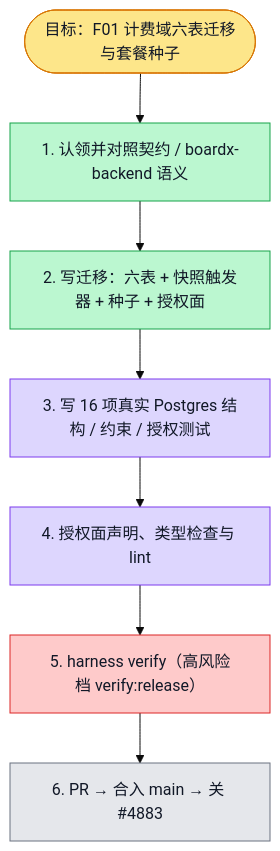
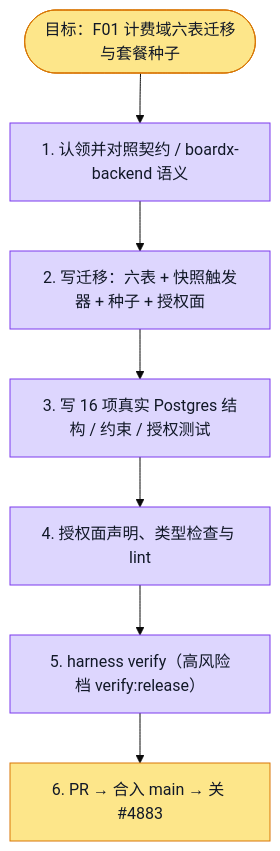
Before and after one commit to boardx/workspacex: the diagram in phases/phase-21-billing-payment/sprints/sprint-01/plans/F01.plan.md, drawn with Mermaid (base theme). The commit also changed other lines of this file and 7 other files, not shown here.

Commit message:
docs(billing): record passing release verification after main prerequisites

````diff
--- a/phases/phase-21-billing-payment/sprints/sprint-01/plans/F01.plan.md
+++ b/phases/phase-21-billing-payment/sprints/sprint-01/plans/F01.plan.md
@@ -20,30 +20,32 @@
 ```mermaid
 flowchart TD
   G([目标：F01 计费域六表迁移与套餐种子])
   S1[1. 认领并对照契约 / boardx-backend 语义]
   S2[2. 写迁移：六表 + 快照触发器 + 种子 + 授权面]
   S3[3. 写 16 项真实 Postgres 结构 / 约束 / 授权测试]
   S4[4. 授权面声明、类型检查与 lint]
   S5[5. harness verify（高风险档 verify:release）]
   S6[6. PR → 合入 main → 关 #4883]
 
   G --> S1 --> S2 --> S3 --> S4 --> S5 --> S6
 
   classDef todo fill:#e5e7eb,stroke:#6b7280,color:#111827
   classDef doing fill:#fde68a,stroke:#d97706,color:#111827
   classDef done fill:#bbf7d0,stroke:#16a34a,color:#111827
   classDef tested fill:#ddd6fe,stroke:#7c3aed,color:#111827
   classDef blocked fill:#fecaca,stroke:#dc2626,color:#111827
 
   class G doing
-  class S1 done
-  class S2 done
+  class S1 tested
+  %% evidence S1: 独立exact SHA审查ACCEPT执行head9cf0252e2，owner为coord-voice，scope仅F01，官方verify退出0。
+  class S2 tested
+  %% evidence S2: evidence/F01.schema.log：真实PostgreSQL迁移重放、事务回滚、约束与RLS全部16/16通过；正式F01.verify.log证明high_risk退出0。
   class S3 tested
   %% evidence S3: 2026-10-10：隔离真实 PostgreSQL 16/16，通过实际 SQL 两次重放、事务回滚、跨组织 RLS；evidence/F01.schema.log
   class S4 tested
   %% evidence S4: 2026-10-10：pnpm --filter @repo/api run lint 退出0；pnpm --filter @repo/api run typecheck 退出0
-  class S5 blocked
-  %% blocked S5: 第二次官方 verify 退出 1：迁移与 owner 门通过；local-runtime 9 项 env 未归类，3 项 Python 集成因缺 pytest 失败。真实日志 F01.verify.log，未 passing。
-  %% doing S5: 2026-10-11 已 rebase 最新 main 882bd3339；前置问题由主线 #5557 修复；原官方 verify 运行中，专项已通过，全量结果待返回
-  class S6 todo
+  class S5 tested
+  %% evidence S5: 官方 pnpm harness verify --sprint 21/01 --feature F01 --owner coord-voice 退出0，33/33 release任务成功；evidence/F01.verify.log，执行head9cf0252e2，API14949/local-runtime247测试通过。
+  %% doing S5: 2026-10-11 已实际确认 #5585 合入并 rebase main f5a4d9ab9；第三次官方 verify 运行中，专项通过，全量结果待返回
+  class S6 doing
 ```
````
